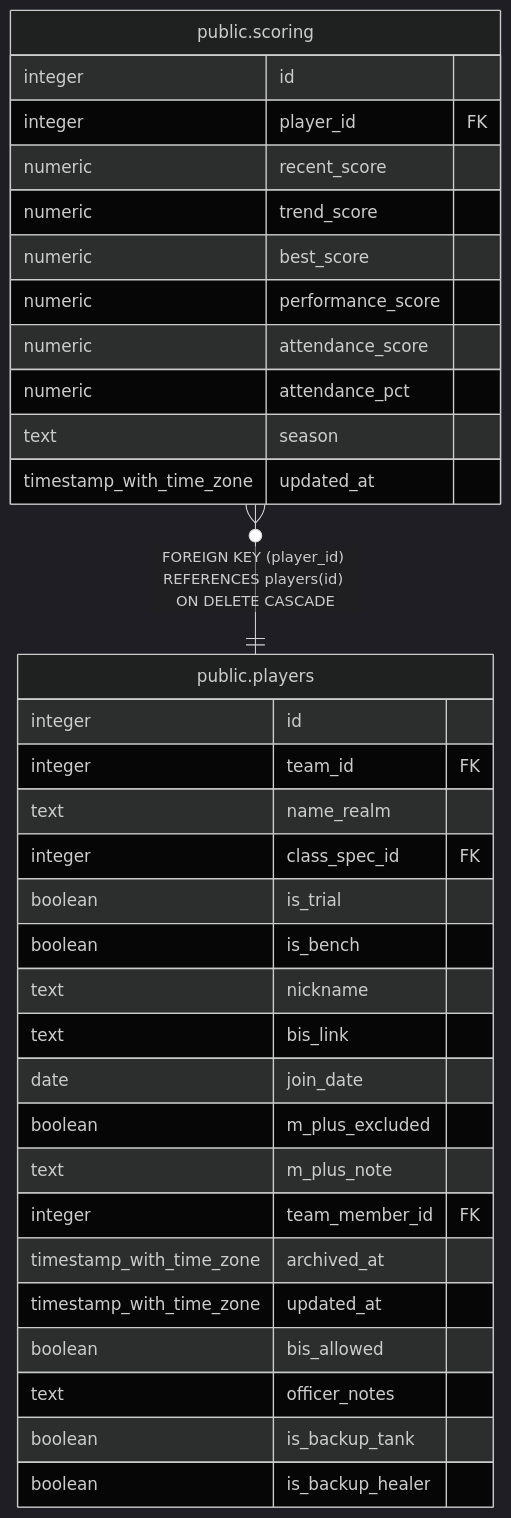
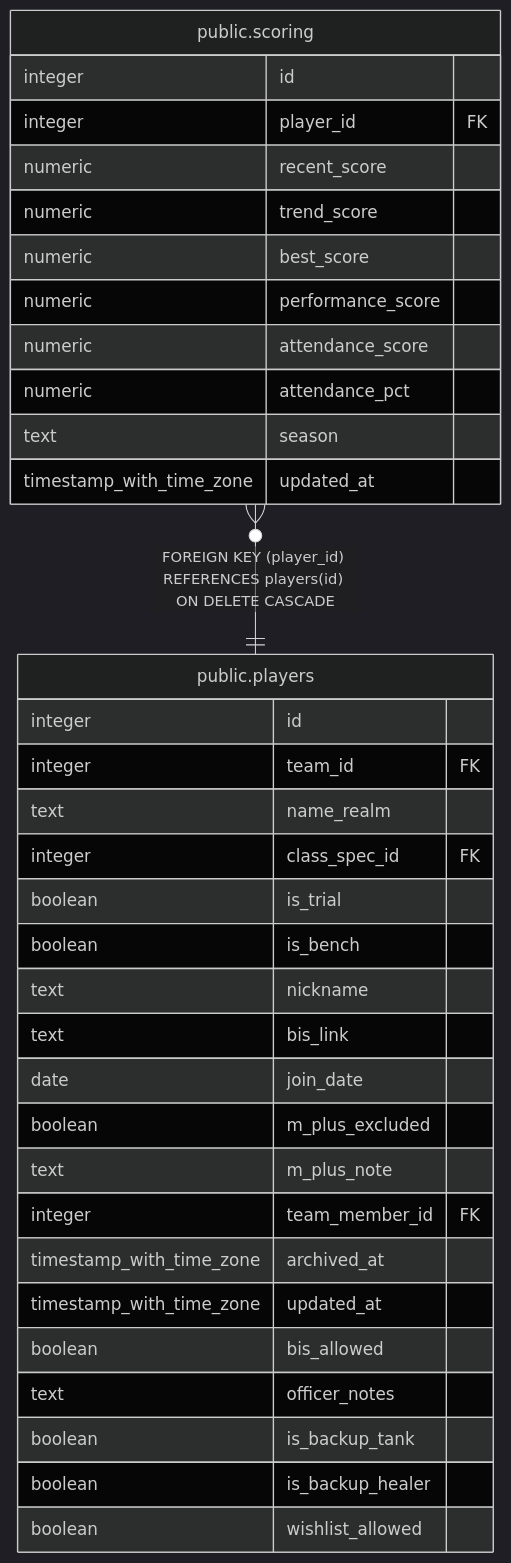
The diagram in dbdoc/public.scoring.md (katogaming88/Phoenix-Roster), drawn with Mermaid (dark theme) before and after one commit. The commit also changed 35 other files, not shown here.

````diff
--- a/dbdoc/public.scoring.md
+++ b/dbdoc/public.scoring.md
@@ -41,38 +41,39 @@
 ```mermaid
 erDiagram
 
 "public.scoring" }o--|| "public.players" : "FOREIGN KEY (player_id) REFERENCES players(id) ON DELETE CASCADE"
 
 "public.scoring" {
   integer id
   integer player_id FK
   numeric recent_score
   numeric trend_score
   numeric best_score
   numeric performance_score
   numeric attendance_score
   numeric attendance_pct
   text season
   timestamp_with_time_zone updated_at
 }
 "public.players" {
   integer id
   integer team_id FK
   text name_realm
   integer class_spec_id FK
   boolean is_trial
   boolean is_bench
   text nickname
   text bis_link
   date join_date
   boolean m_plus_excluded
   text m_plus_note
   integer team_member_id FK
   timestamp_with_time_zone archived_at
   timestamp_with_time_zone updated_at
   boolean bis_allowed
   text officer_notes
   boolean is_backup_tank
   boolean is_backup_healer
+  boolean wishlist_allowed
 }
 ```
````
